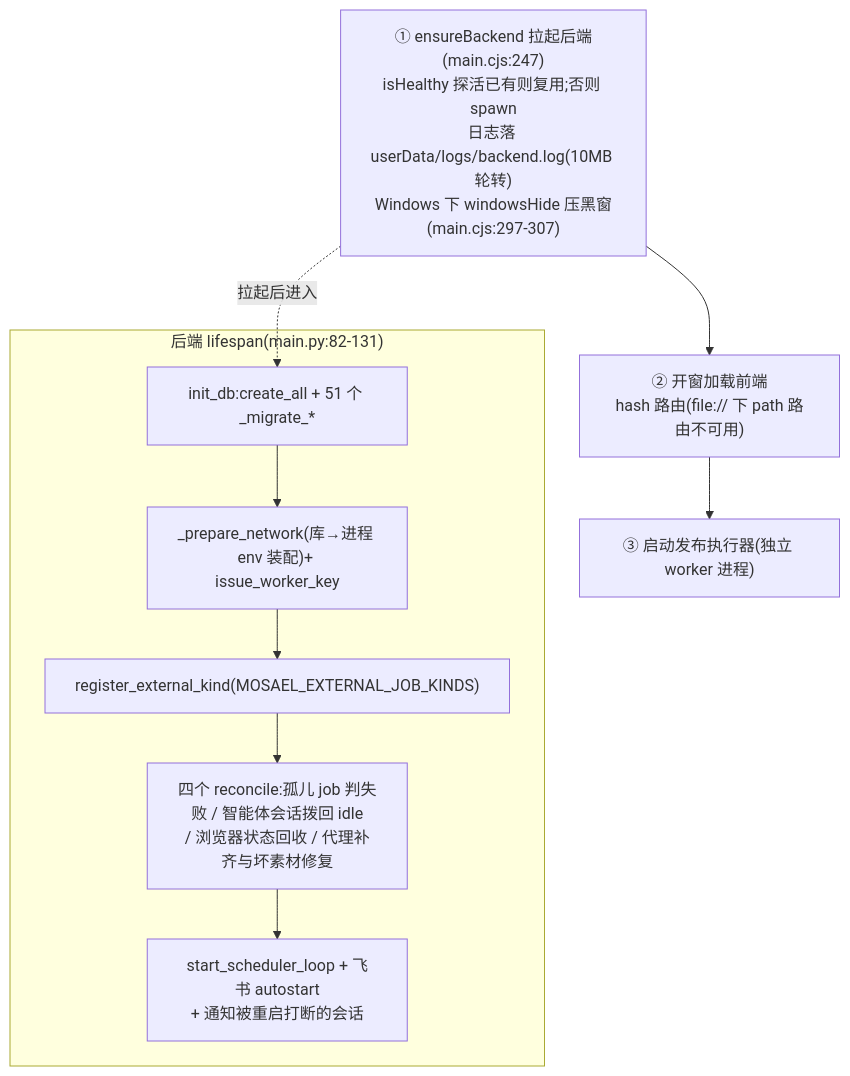
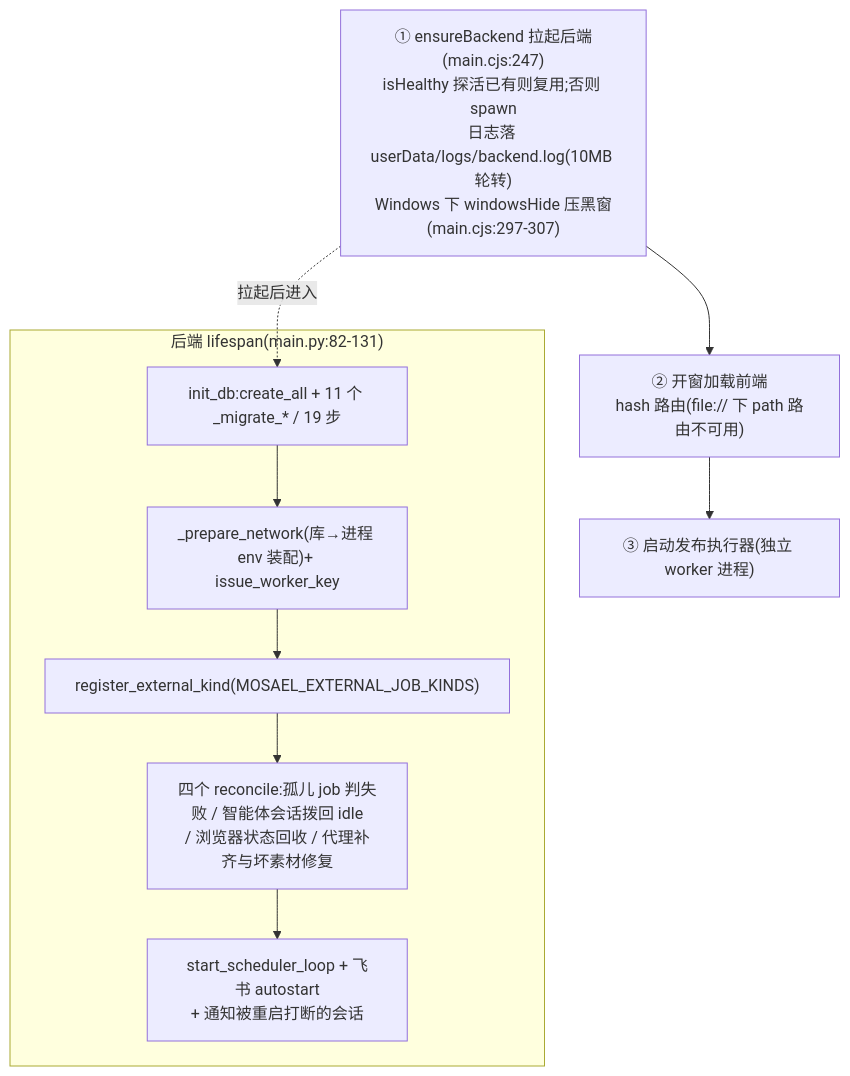
Before and after one commit to Alndaly/Mosael: the second of 16 diagrams in docs/analysis/architecture.md, drawn with Mermaid. The commit also changed other lines of this file and 172 other files, not shown here.

````diff
--- a/docs/analysis/architecture.md
+++ b/docs/analysis/architecture.md
@@ -79,17 +79,17 @@
 ```mermaid
 flowchart TD
     S1["① ensureBackend 拉起后端(main.cjs:247)<br/>isHealthy 探活已有则复用;否则 spawn<br/>日志落 userData/logs/backend.log(10MB 轮转)<br/>Windows 下 windowsHide 压黑窗(main.cjs:297-307)"]
     S2["② 开窗加载前端<br/>hash 路由(file:// 下 path 路由不可用)"]
     S3["③ 启动发布执行器(独立 worker 进程)"]
     S1 --> S2 --> S3
 
     subgraph LIFE["后端 lifespan(main.py:82-131)"]
-        L1["init_db:create_all + 51 个 _migrate_*"]
+        L1["init_db:create_all + 11 个 _migrate_* / 19 步"]
         L2["_prepare_network(库→进程 env 装配)+ issue_worker_key"]
         L3["register_external_kind(MOSAEL_EXTERNAL_JOB_KINDS)"]
         L4["四个 reconcile:孤儿 job 判失败 / 智能体会话拨回 idle<br/>/ 浏览器状态回收 / 代理补齐与坏素材修复"]
         L5["start_scheduler_loop + 飞书 autostart<br/>+ 通知被重启打断的会话"]
         L1 --> L2 --> L3 --> L4 --> L5
     end
     S1 -.拉起后进入.-> L1
 ```
````
